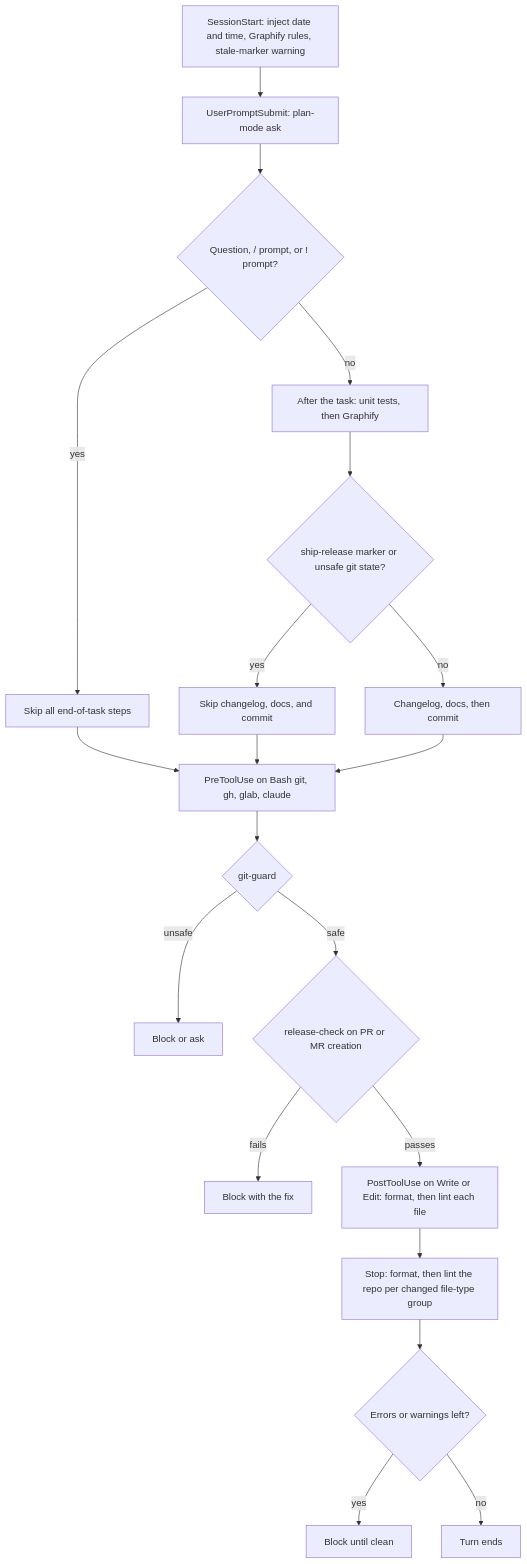
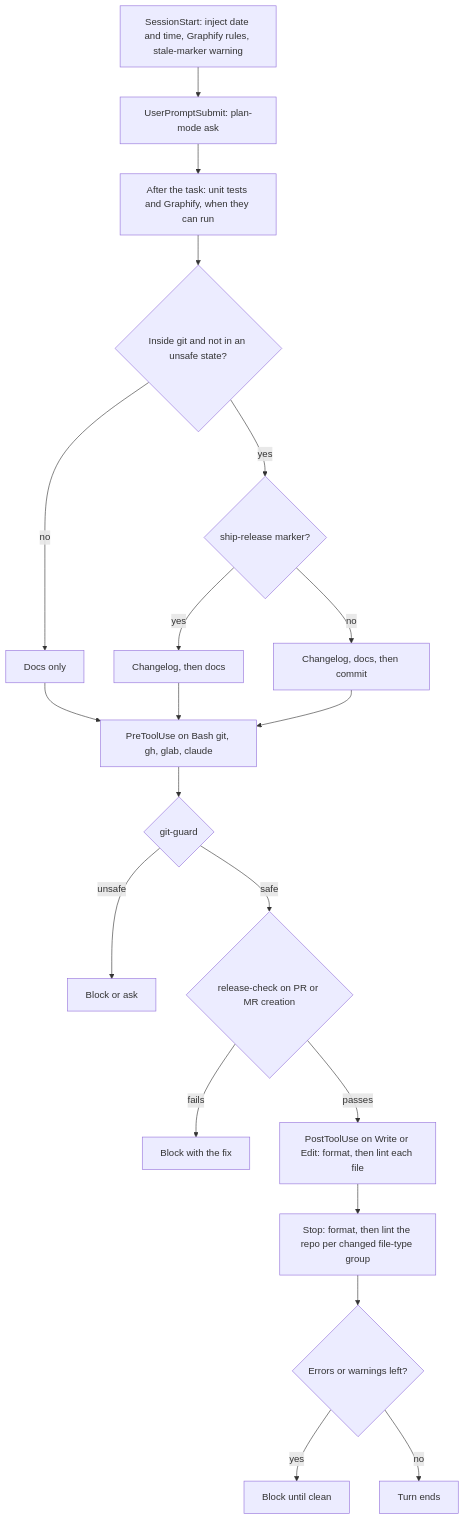
Before and after one commit to patrickquijano/claude-dev-kit: the diagram in README.md, drawn with Mermaid. The commit also changed other lines of this file and 3 other files, not shown here.

Commit message:
docs(hooks): describe always-injected end-of-task steps

````diff
--- a/README.md
+++ b/README.md
@@ -139,22 +139,22 @@
 ```mermaid
 flowchart TD
     A["SessionStart: inject date and time, Graphify rules, stale-marker warning"] --> B["UserPromptSubmit: plan-mode ask"]
-    B --> C{"Question, / prompt, or ! prompt?"}
-    C -- yes --> D["Skip all end-of-task steps"]
-    C -- no --> E["After the task: unit tests, then Graphify"]
-    E --> P{"ship-release marker or unsafe git state?"}
-    P -- yes --> Q["Skip changelog, docs, and commit"]
-    P -- no --> R["Changelog, docs, then commit"]
-    D --> F["PreToolUse on Bash git, gh, glab, claude"]
-    Q --> F
+    B --> E["After the task: unit tests and Graphify, when they can run"]
+    E --> P{"Inside git and not in an unsafe state?"}
+    P -- no --> Q["Docs only"]
+    P -- yes --> S{"ship-release marker?"}
+    S -- yes --> T["Changelog, then docs"]
+    S -- no --> R["Changelog, docs, then commit"]
+    Q --> F["PreToolUse on Bash git, gh, glab, claude"]
+    T --> F
     R --> F
     F --> G{"git-guard"}
     G -- unsafe --> H["Block or ask"]
     G -- safe --> I{"release-check on PR or MR creation"}
     I -- fails --> J["Block with the fix"]
     I -- passes --> K["PostToolUse on Write or Edit: format, then lint each file"]
     K --> L["Stop: format, then lint the repo per changed file-type group"]
     L --> M{"Errors or warnings left?"}
     M -- yes --> N["Block until clean"]
     M -- no --> O["Turn ends"]
 ```
````
